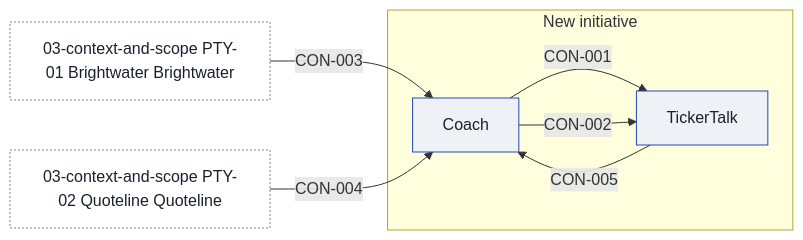
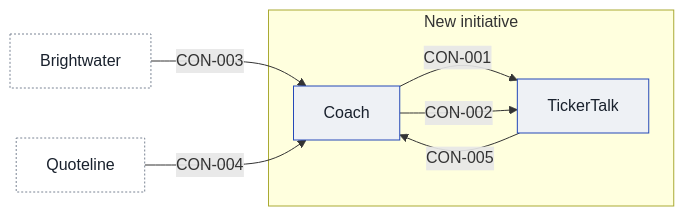
The diagram in tests/sim/snapshots/trading-coach/after-80/03-context-and-scope.md (smalls257/vela), drawn with Mermaid before and after one commit. The commit also changed other lines of this file and 101 other files, not shown here.

First line of the commit message:
Generated diagrams carry a key: what their colours, dashes and arrows mean, for the styles they drew only

````diff
--- a/tests/sim/snapshots/trading-coach/after-80/03-context-and-scope.md
+++ b/tests/sim/snapshots/trading-coach/after-80/03-context-and-scope.md
@@ -27,18 +27,18 @@
 ```mermaid
 flowchart LR
   subgraph scope["New initiative"]
     n_APP_coach["Coach"]
     n_APP_tickertalk["TickerTalk"]
   end
-  x___03_context_and_scope_pty_01_brightwater_brightwater__["03-context-and-scope PTY-01 Brightwater Brightwater"]
-  x___03_context_and_scope_pty_02_quoteline_quoteline__["03-context-and-scope PTY-02 Quoteline Quoteline"]
+  x_brightwater["Brightwater"]
+  x_quoteline["Quoteline"]
   n_APP_coach -->|"CON-001"| n_APP_tickertalk
   n_APP_coach -->|"CON-002"| n_APP_tickertalk
-  x___03_context_and_scope_pty_01_brightwater_brightwater__ -->|"CON-003"| n_APP_coach
-  x___03_context_and_scope_pty_02_quoteline_quoteline__ -->|"CON-004"| n_APP_coach
+  x_brightwater -->|"CON-003"| n_APP_coach
+  x_quoteline -->|"CON-004"| n_APP_coach
   n_APP_tickertalk -->|"CON-005"| n_APP_coach
   classDef app fill:#eef1f5,stroke:#2448b8,color:#19212d
   classDef external fill:#ffffff,stroke:#7a8494,color:#19212d,stroke-dasharray:2 2
   class n_APP_coach,n_APP_tickertalk app
-  class x___03_context_and_scope_pty_01_brightwater_brightwater__,x___03_context_and_scope_pty_02_quoteline_quoteline__ external
+  class x_brightwater,x_quoteline external
 ```
````
